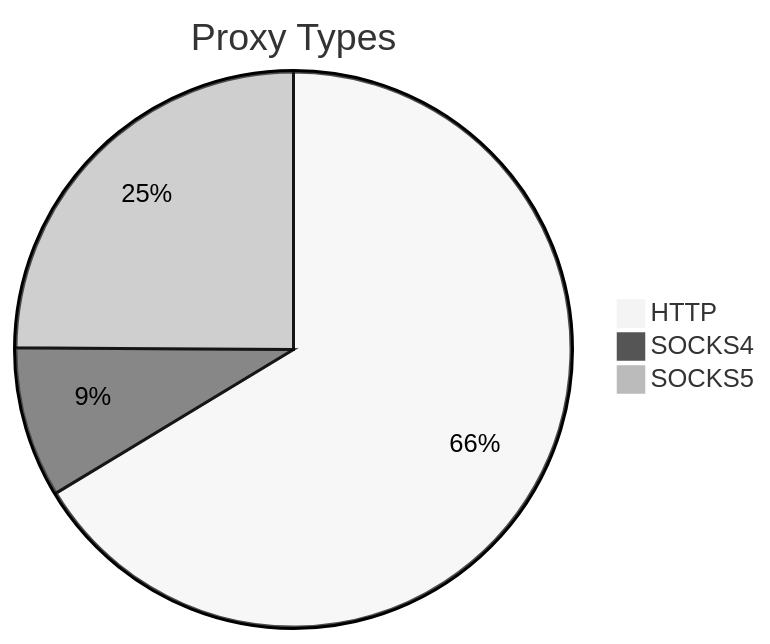
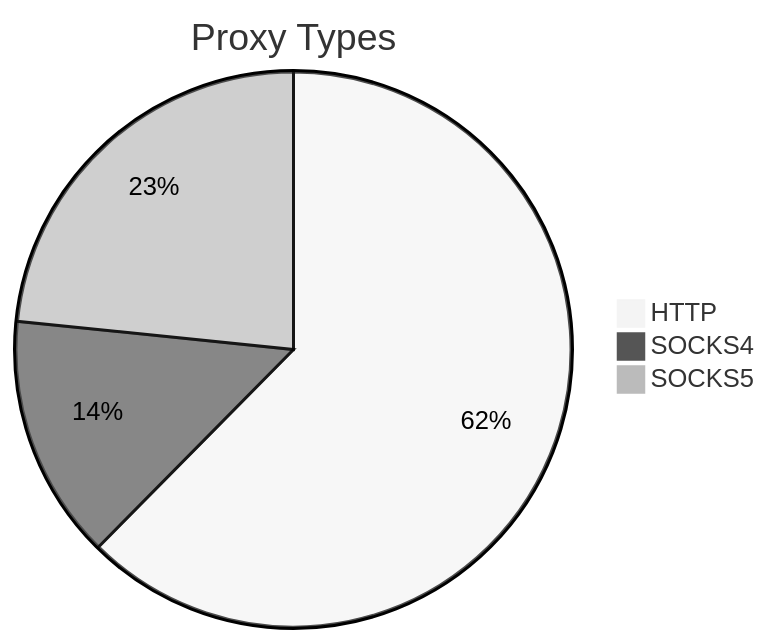
Before and after one commit to stormsia/proxy-list: the first of 2 diagrams in README.md, drawn with Mermaid (neutral theme). The commit also changed other lines of this file, not shown here.

````diff
--- a/README.md
+++ b/README.md
@@ -21,6 +21,6 @@
 ```mermaid
 pie title Proxy Types
-    "HTTP" : 341
-    "SOCKS4" : 45
-    "SOCKS5" : 128
+    "HTTP" : 395
+    "SOCKS4" : 90
+    "SOCKS5" : 148
 ```
````
